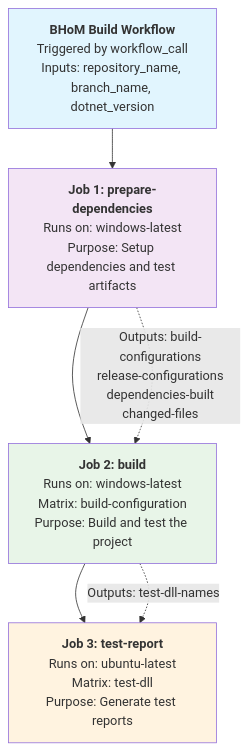
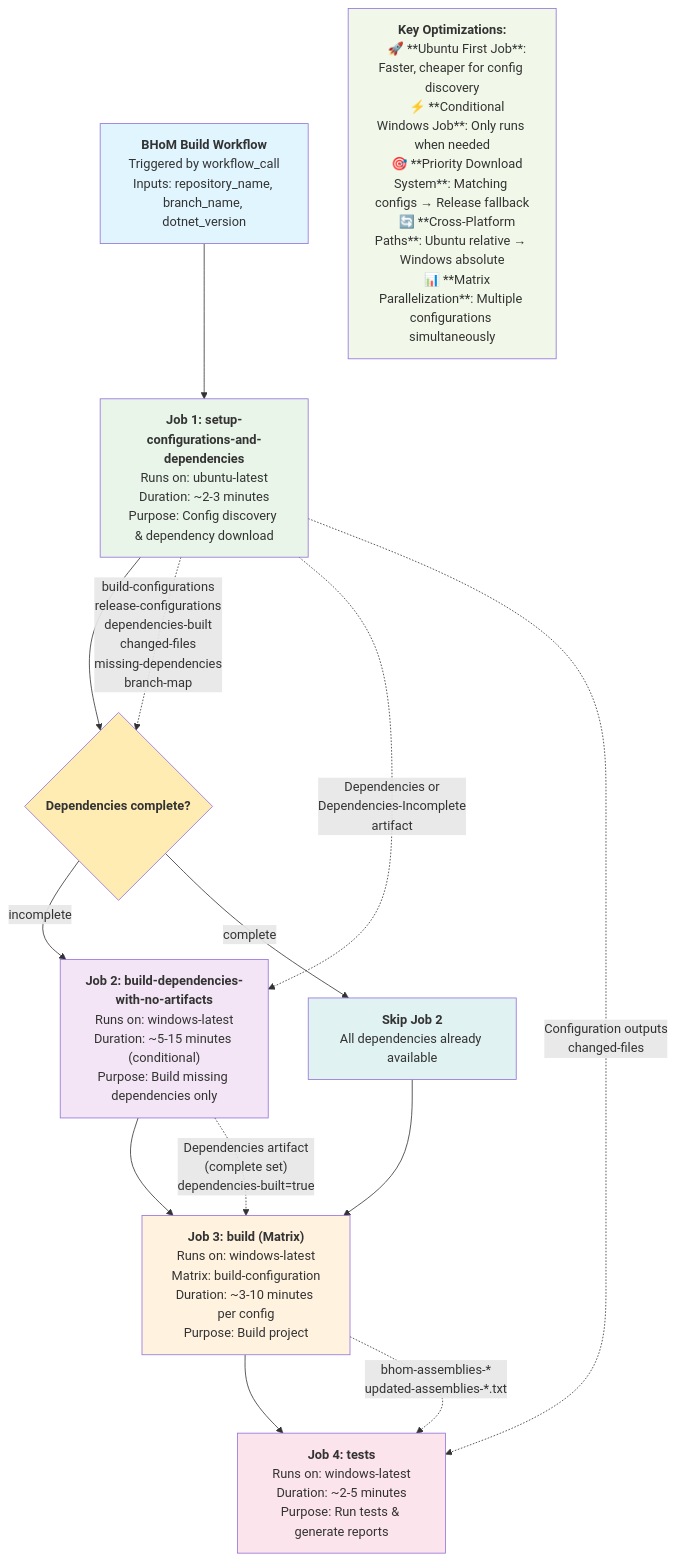
One commit to BHoM/GithubActions changed the seventh of 8 diagrams in CI workflow.md. Above: the diagram before and after it, drawn with Mermaid. The commit also changed other lines of this file, not shown here.

Commit message:
Update diagrams

````diff
--- a/CI workflow.md
+++ b/CI workflow.md
@@ -366,26 +461,59 @@
 ```mermaid
 graph TD
     A["`**BHoM Build Workflow**
     Triggered by workflow_call
-    Inputs: repository_name, branch_name, dotnet_version`"] --> B["`**Job 1: prepare-dependencies**
+    Inputs: repository_name, branch_name, dotnet_version`"] --> B["`**Job 1: setup-configurations-and-dependencies**
+    Runs on: ubuntu-latest
+    Duration: ~2-3 minutes
+    Purpose: Config discovery & dependency download`"]
+    
+    B --> C{"`**Dependencies complete?**`"}
+    
+    C -->|incomplete| D["`**Job 2: build-dependencies-with-no-artifacts**
     Runs on: windows-latest
-    Purpose: Setup dependencies and test artifacts`"]
+    Duration: ~5-15 minutes (conditional)
+    Purpose: Build missing dependencies only`"]
     
-    B --> C["`**Job 2: build**
+    C -->|complete| E["`**Skip Job 2**
+    All dependencies already available`"]
+    
+    D --> F["`**Job 3: build (Matrix)**
     Runs on: windows-latest
     Matrix: build-configuration
-    Purpose: Build and test the project`"]
+    Duration: ~3-10 minutes per config
+    Purpose: Build project`"]
     
-    C --> D["`**Job 3: test-report**
-    Runs on: ubuntu-latest
-    Matrix: test-dll
-    Purpose: Generate test reports`"]
+    E --> F
     
-    B -.->|"Outputs: build-configurations<br/>release-configurations<br/>dependencies-built<br/>changed-files"| C
-    C -.->|"Outputs: test-dll-names"| D
+    F --> G["`**Job 4: tests**
+    Runs on: windows-latest
+    Duration: ~2-5 minutes
+    Purpose: Run tests & generate reports`"]
+    
+    B -.->|"build-configurations<br/>release-configurations<br/>dependencies-built<br/>changed-files<br/>missing-dependencies<br/>branch-map"| C
+    
+    B -.->|"Dependencies or<br/>Dependencies-Incomplete<br/>artifact"| D
+    
+    D -.->|"Dependencies artifact<br/>(complete set)<br/>dependencies-built=true"| F
+    
+    B -.->|"Configuration outputs<br/>changed-files"| G
+    
+    F -.->|"bhom-assemblies-*<br/>updated-assemblies-*.txt"| G
+    
+    H["`**Key Optimizations:**
+    
+    🚀 **Ubuntu First Job**: Faster, cheaper for config discovery
+    ⚡ **Conditional Windows Job**: Only runs when needed
+    🎯 **Priority Download System**: Matching configs → Release fallback
+    🔄 **Cross-Platform Paths**: Ubuntu relative → Windows absolute
+    📊 **Matrix Parallelization**: Multiple configurations simultaneously`"]
     
     style A fill:#e1f5fe
-    style B fill:#f3e5f5
-    style C fill:#e8f5e8
-    style D fill:#fff3e0
+    style B fill:#e8f5e8
+    style C fill:#ffecb3
+    style D fill:#f3e5f5
+    style E fill:#e0f2f1
+    style F fill:#fff3e0
+    style G fill:#fce4ec
+    style H fill:#f1f8e9
 ```
````
